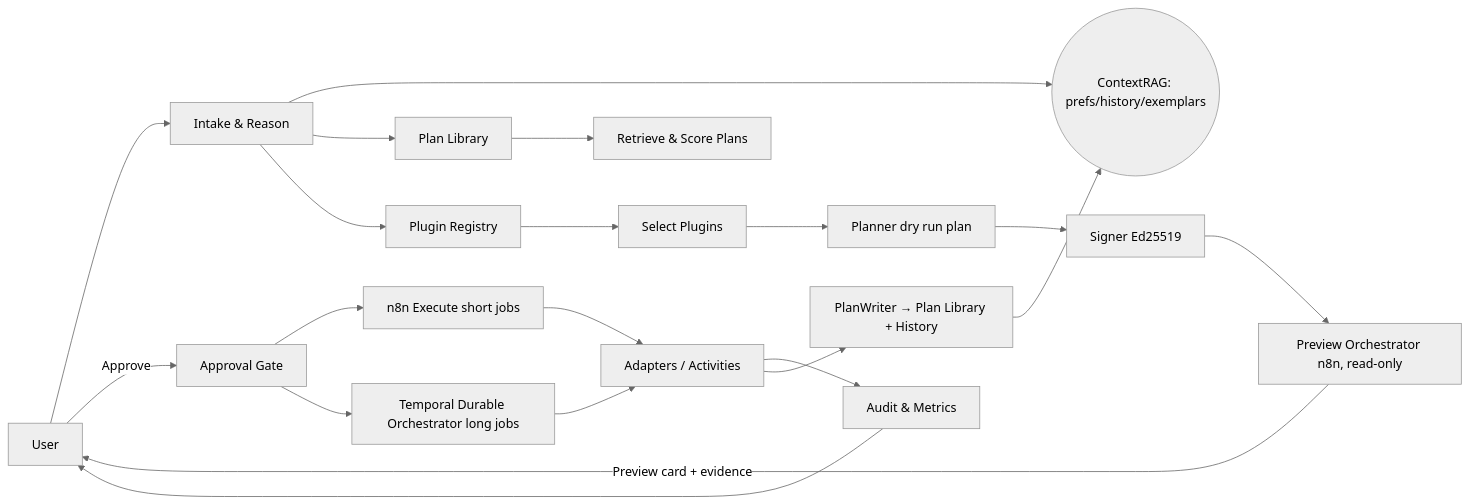
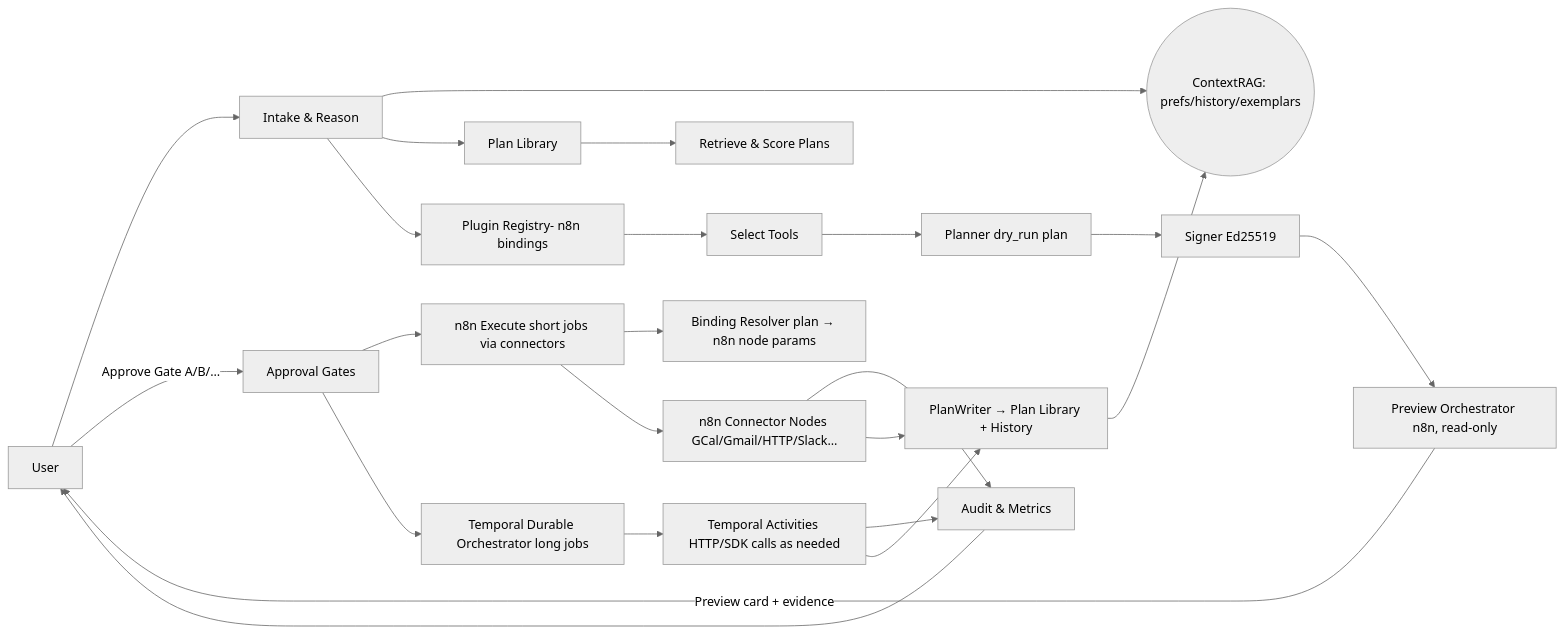
Before and after one commit to AnantshreeChandola/Personal-agent: the diagram in docs/architecture/diagrams/HLD.md, drawn with Mermaid (neutral theme). The commit also changed 3 other files, not shown here.

````diff
--- a/docs/architecture/diagrams/HLD.md
+++ b/docs/architecture/diagrams/HLD.md
@@ -1,22 +1,25 @@
 ```mermaid
   flowchart LR
   U[User] --> IN[Intake & Reason]
   IN --> RAG((ContextRAG: prefs/history/exemplars))
   IN --> PLIB[Plan Library]
   PLIB --> RET[Retrieve & Score Plans]
-  IN --> REG[Plugin Registry]
-  REG --> SEL[Select Plugins]
-  SEL --> PLAN[Planner dry run plan]
+  IN --> REG[Plugin Registry- n8n bindings]
+  REG --> SEL[Select Tools]
+  SEL --> PLAN[Planner dry_run plan]
   PLAN --> SIG[Signer Ed25519]
   SIG --> PREV[Preview Orchestrator n8n, read-only]
   PREV -->|Preview card + evidence| U
-  U -->|Approve| GATE[Approval Gate]
-  GATE --> EXE[n8n Execute short jobs]
+  U -->|Approve Gate A/B/…| GATE[Approval Gates]
+  GATE --> EXE[n8n Execute short jobs via connectors]
   GATE --> DUR[Temporal Durable Orchestrator long jobs]
-  EXE --> ADP[Adapters / Activities]
-  DUR --> ADP
-  ADP --> AUD[Audit & Metrics]
-  ADP --> PW[PlanWriter → Plan Library + History]
+  EXE --> BIND[Binding Resolver plan → n8n node params]
+  EXE --> CONN[n8n Connector Nodes GCal/Gmail/HTTP/Slack…]
+  DUR --> ACT[Temporal Activities HTTP/SDK calls as needed]
+  CONN --> AUD[Audit & Metrics]
+  ACT --> AUD
+  CONN --> PW[PlanWriter → Plan Library + History]
+  ACT --> PW
   AUD --> U
   PW --> RAG
   ```
````
